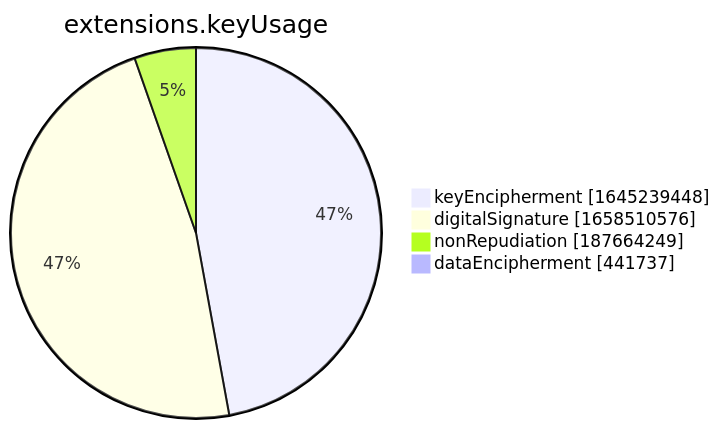
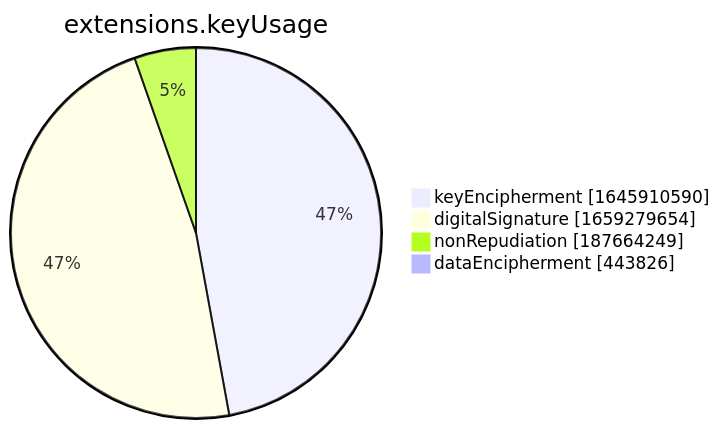
One commit to christiankrug/ctmonitor_visualization changed the seventh of 15 diagrams in xenon2022/README.md. Above: the diagram before and after it, drawn with Mermaid. The commit also changed other lines of this file, not shown here.

````diff
--- a/xenon2022/README.md
+++ b/xenon2022/README.md
@@ -2856,8 +2857,8 @@
 ```mermaid
 pie showData
 title extensions.keyUsage
-"keyEncipherment" :1645239448
-"digitalSignature" :1658510576
+"keyEncipherment" :1645910590
+"digitalSignature" :1659279654
 "nonRepudiation" :187664249
-"dataEncipherment" :441737
+"dataEncipherment" :443826
 ```
````
